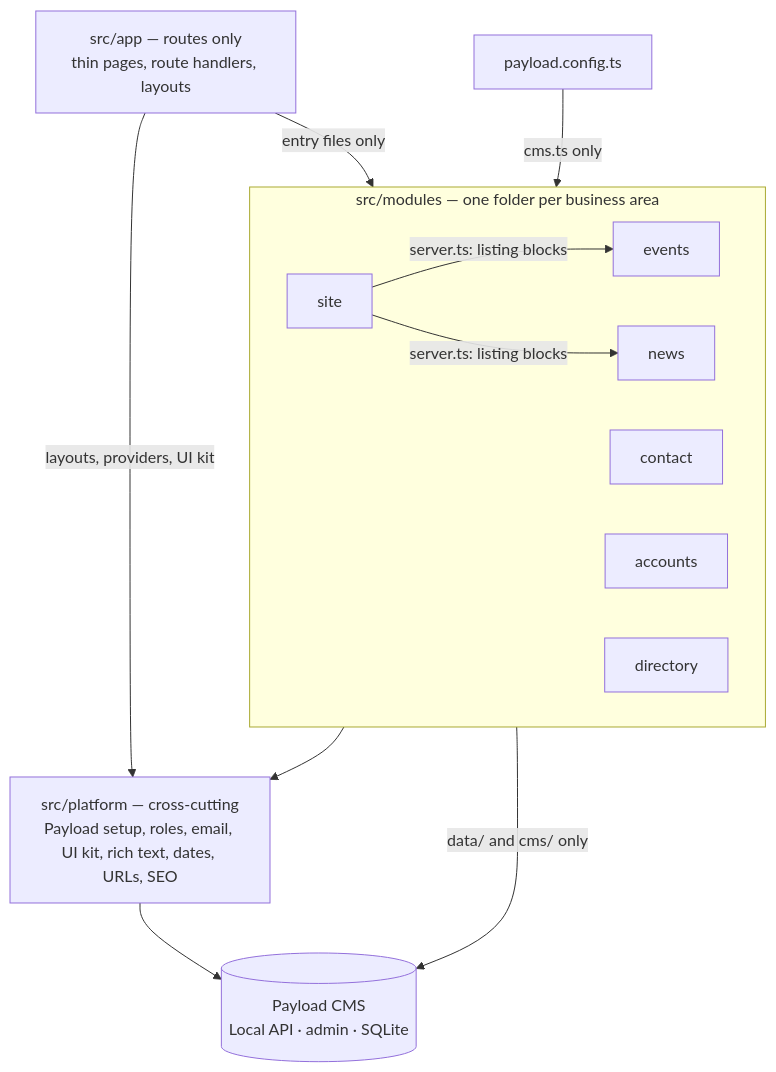
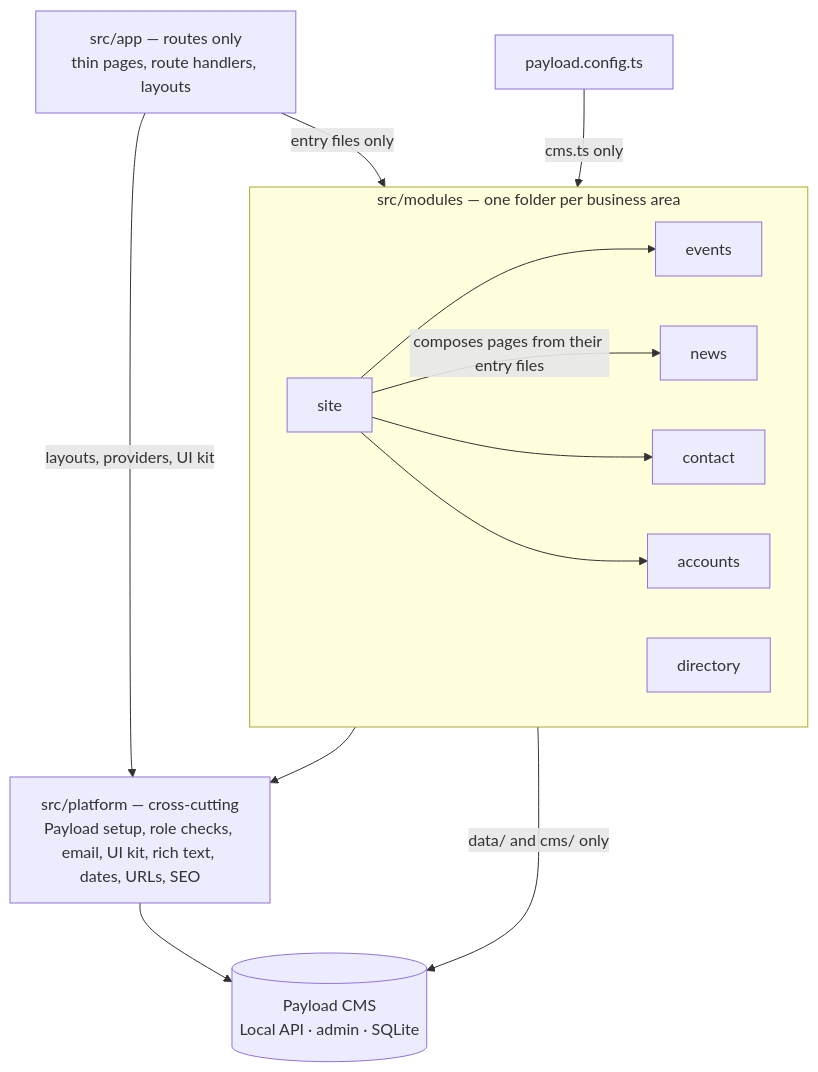
The diagram in docs/architecture/README.md (boulaajaj/sprecher-east-neighborhood-website), drawn with Mermaid before and after one commit. The commit also changed other lines of this file and 5 other files, not shown here.

````diff
--- a/docs/architecture/README.md
+++ b/docs/architecture/README.md
@@ -17,24 +17,26 @@
 ```mermaid
 flowchart TD
   app["src/app — routes only<br/>thin pages, route handlers, layouts"]
   config["payload.config.ts"]
   subgraph modules["src/modules — one folder per business area"]
     events[events]
     news[news]
     contact[contact]
     accounts[accounts]
     directory[directory]
     site[site]
   end
-  platform["src/platform — cross-cutting<br/>Payload setup, roles, email, UI kit, rich text, dates, URLs, SEO"]
+  platform["src/platform — cross-cutting<br/>Payload setup, role checks, email, UI kit, rich text, dates, URLs, SEO"]
   payload[("Payload CMS<br/>Local API · admin · SQLite")]
 
   app -->|"entry files only"| modules
   app -->|"layouts, providers, UI kit"| platform
   config -->|"cms.ts only"| modules
-  site -->|"server.ts: listing blocks"| news
-  site -->|"server.ts: listing blocks"| events
+  site -->|"composes pages from their entry files"| news
+  site --> events
+  site --> contact
+  site --> accounts
   modules --> platform
   modules -->|"data/ and cms/ only"| payload
   platform --> payload
 ```
````
